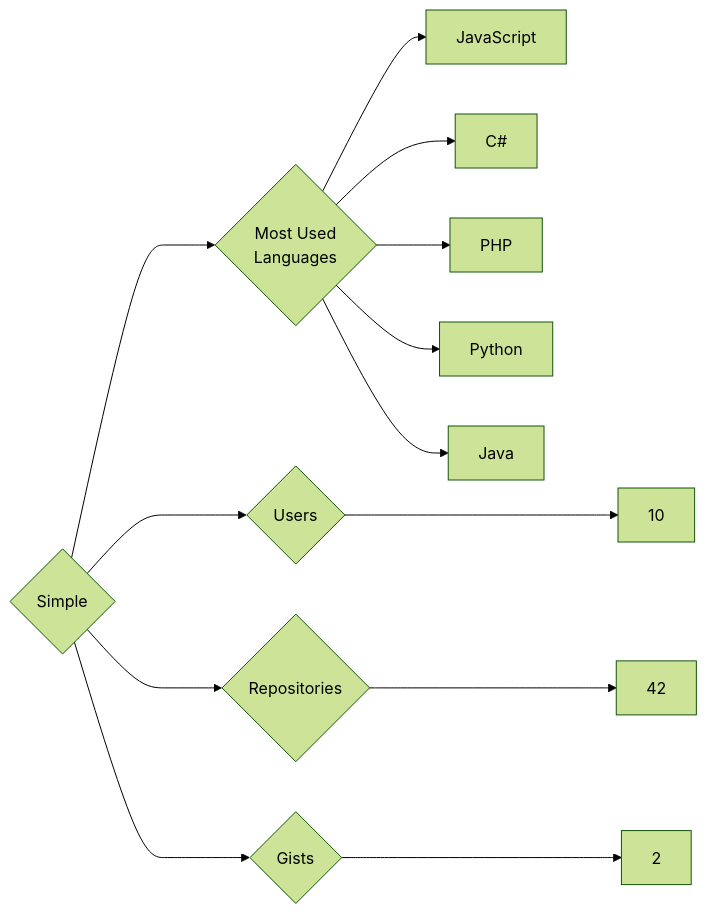
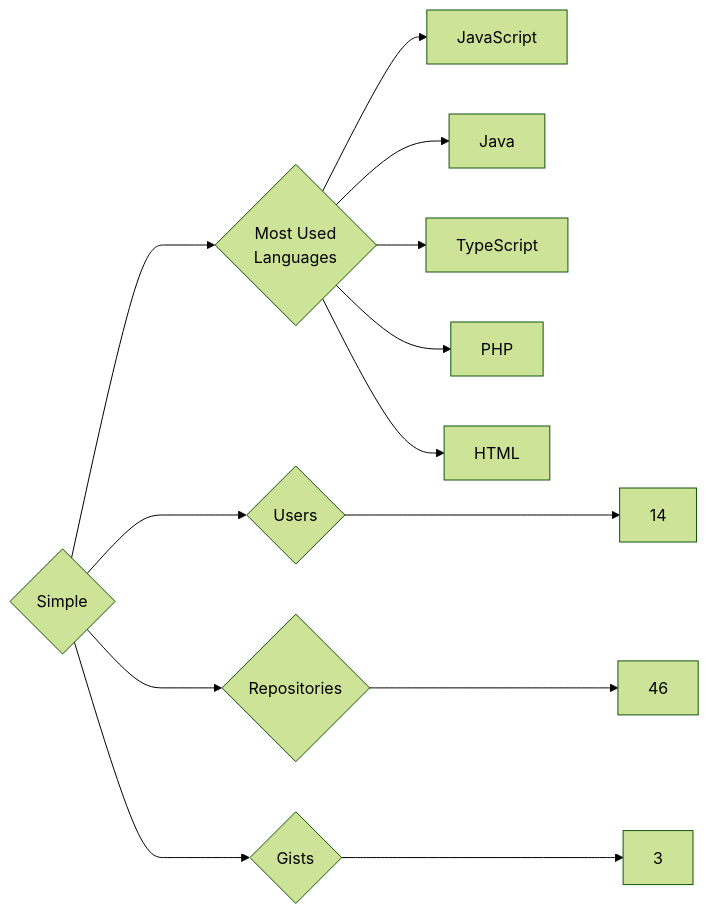
Before and after one commit to trickest/insiders: the diagram in targets/Simple/README.md, drawn with Mermaid (forest theme). The commit also changed 972 other files, not shown here.

````diff
--- a/targets/Simple/README.md
+++ b/targets/Simple/README.md
@@ -3,13 +3,13 @@
 ```mermaid
 graph LR
 COMPANY_NAME{Simple}
-COMPANY_NAME ---> U{Users} ---> UN[10]
-COMPANY_NAME ---> R{Repositories} ---> RN[42]
-COMPANY_NAME ---> G{Gists} ---> GN[2]
+COMPANY_NAME ---> U{Users} ---> UN[14]
+COMPANY_NAME ---> R{Repositories} ---> RN[46]
+COMPANY_NAME ---> G{Gists} ---> GN[3]
 COMPANY_NAME ---> ML{Most Used<br>Languages}
 ML --> JavaScript[JavaScript]
-ML --> C#[C#]
+ML --> Java[Java]
+ML --> TypeScript[TypeScript]
 ML --> PHP[PHP]
-ML --> Python[Python]
-ML --> Java[Java]
+ML --> HTML[HTML]
 ```
````
